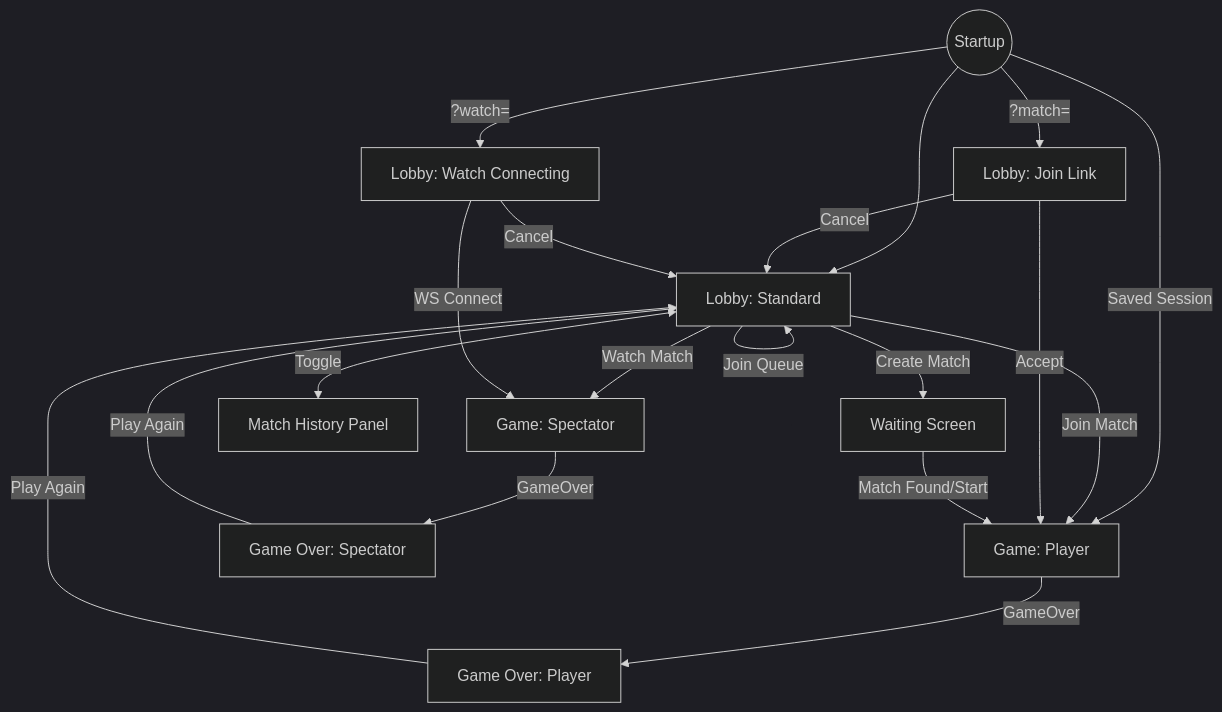
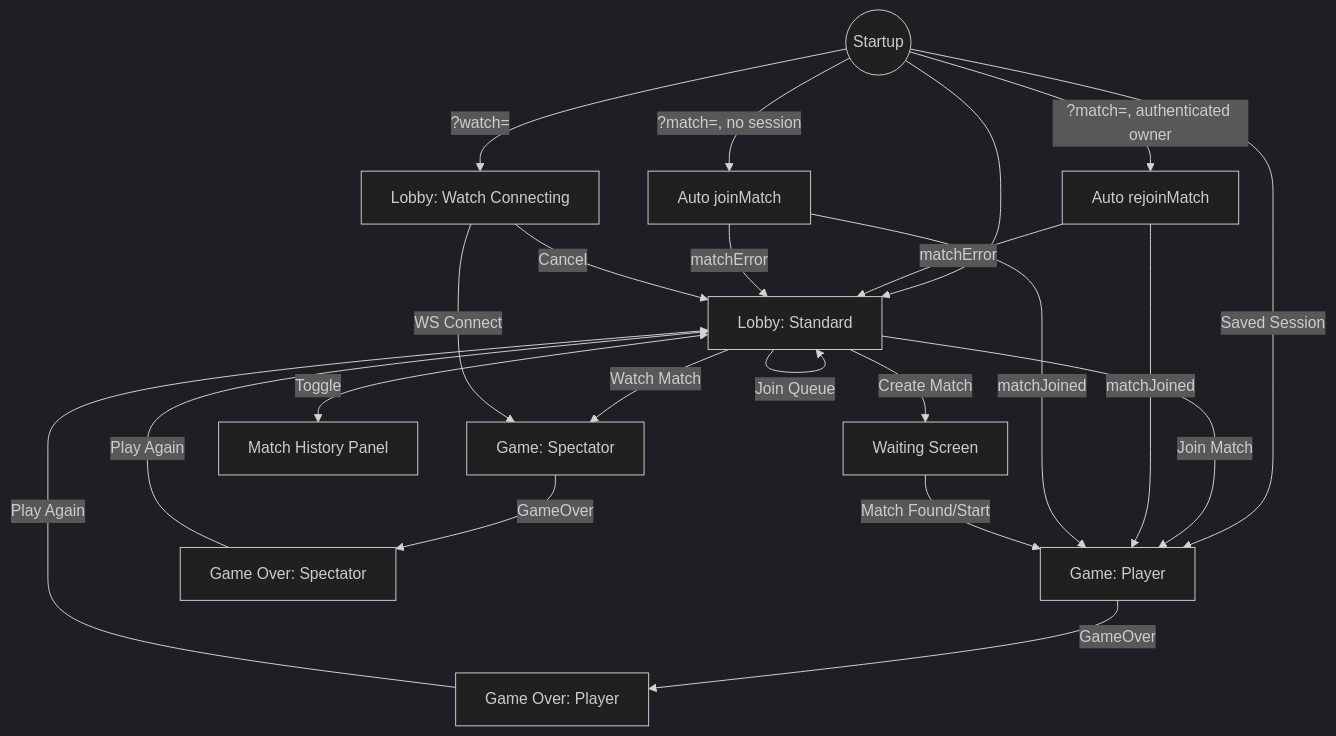
Before and after one commit to phalanxduel/phalanxduel: the first of 4 diagrams in docs/architecture/site-flow.md, drawn with Mermaid (dark theme). The commit also changed other lines of this file and 3 other files, not shown here.

````diff
--- a/docs/architecture/site-flow.md
+++ b/docs/architecture/site-flow.md
@@ -78,28 +78,31 @@
 ```mermaid
 graph TD
     Start((Startup)) --> LobbyStandard[Lobby: Standard]
-    Start -->|?match=| LobbyJoinLink[Lobby: Join Link]
+    Start -->|?match=, authenticated owner| RejoinAttempt[Auto rejoinMatch]
+    Start -->|?match=, no session| JoinAttempt[Auto joinMatch]
     Start -->|?watch=| LobbyWatch[Lobby: Watch Connecting]
     Start -->|Saved Session| GamePlayer[Game: Player]
 
     LobbyStandard -->|Create Match| Waiting[Waiting Screen]
     LobbyStandard -->|Join Match| GamePlayer
     LobbyStandard -->|Watch Match| GameSpectator[Game: Spectator]
     LobbyStandard -->|Join Queue| LobbyStandard
 
-    LobbyJoinLink -->|Accept| GamePlayer
-    LobbyJoinLink -->|Cancel| LobbyStandard
+    RejoinAttempt -->|matchJoined| GamePlayer
+    RejoinAttempt -->|matchError| LobbyStandard
+    JoinAttempt -->|matchJoined| GamePlayer
+    JoinAttempt -->|matchError| LobbyStandard
 
     LobbyWatch -->|WS Connect| GameSpectator
     LobbyWatch -->|Cancel| LobbyStandard
 
     Waiting -->|Match Found/Start| GamePlayer
     
     GamePlayer -->|GameOver| GameOverPlayer[Game Over: Player]
     GameSpectator -->|GameOver| GameOverSpectator[Game Over: Spectator]
 
     GameOverPlayer -->|Play Again| LobbyStandard
     GameOverSpectator -->|Play Again| LobbyStandard
 
     LobbyStandard <-->|Toggle| MatchHistory[Match History Panel]
 ```
````
